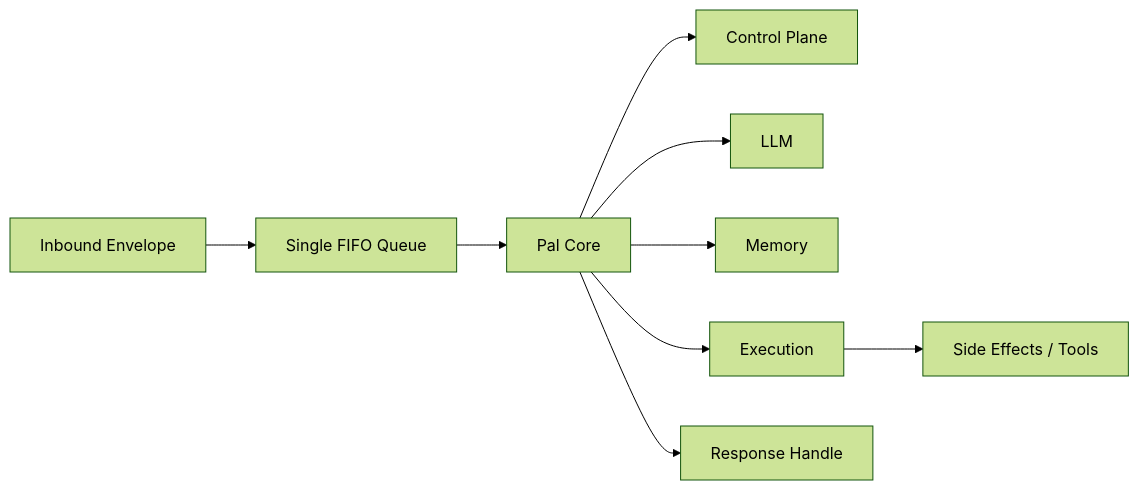
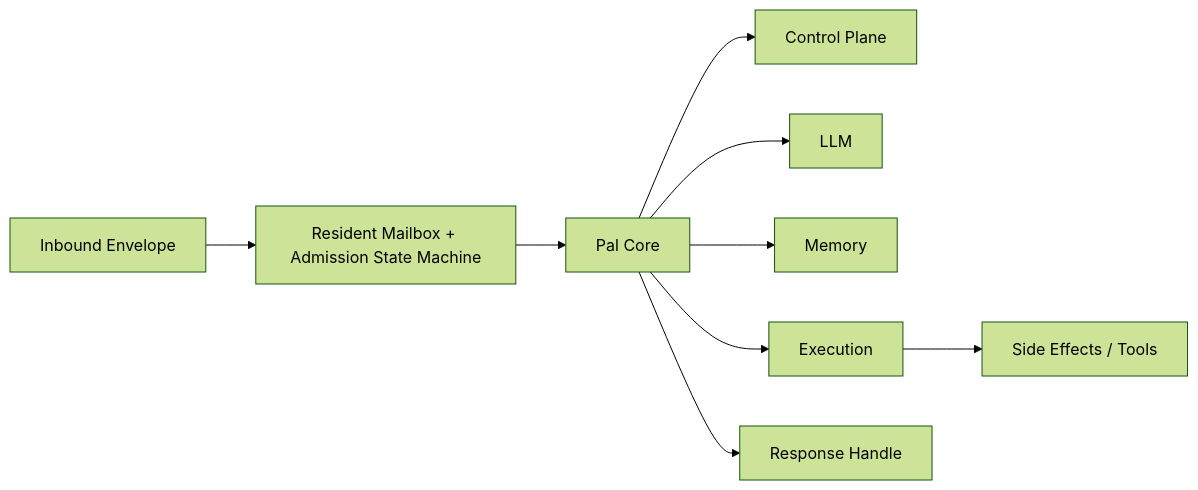
One commit to OtakuNathan/Pal changed the second of 2 diagrams in docs/pal_architecture_v1.md. Above: the diagram before and after it, drawn with Mermaid (forest theme). The commit also changed other lines of this file and 64 other files, not shown here.

````diff
--- a/docs/pal_architecture_v1.md
+++ b/docs/pal_architecture_v1.md
@@ -138,11 +139,11 @@
 ```mermaid
 flowchart LR
-    IN["Inbound Envelope"] --> Q["Single FIFO Queue"]
+    IN["Inbound Envelope"] --> Q["Resident Mailbox + Admission State Machine"]
     Q --> CORE["Pal Core"]
     CORE --> CTL["Control Plane"]
     CORE --> LLM["LLM"]
     CORE --> MEM["Memory"]
     CORE --> EX["Execution"]
     EX --> OUT["Side Effects / Tools"]
     CORE --> RESP["Response Handle"]
 ```
````
